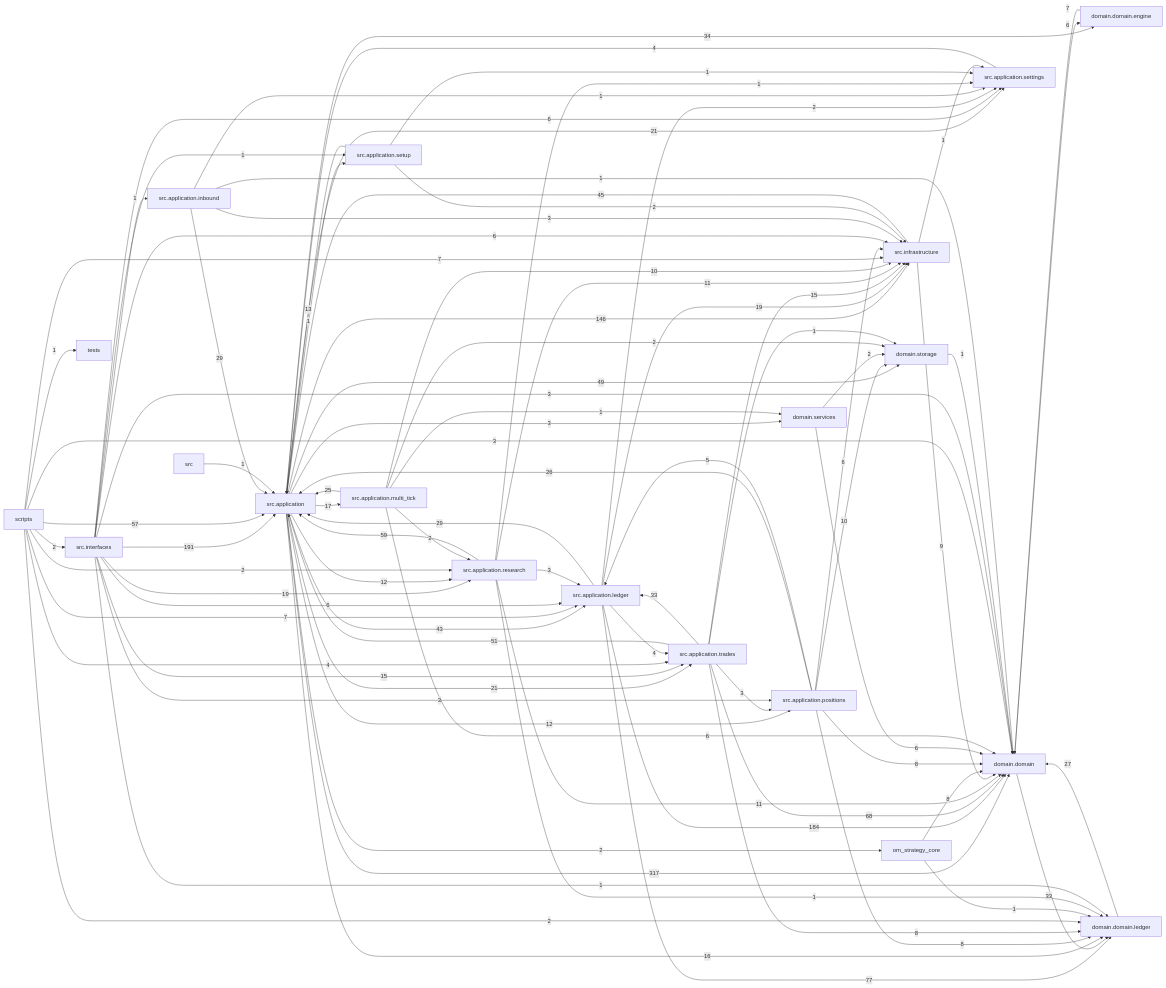
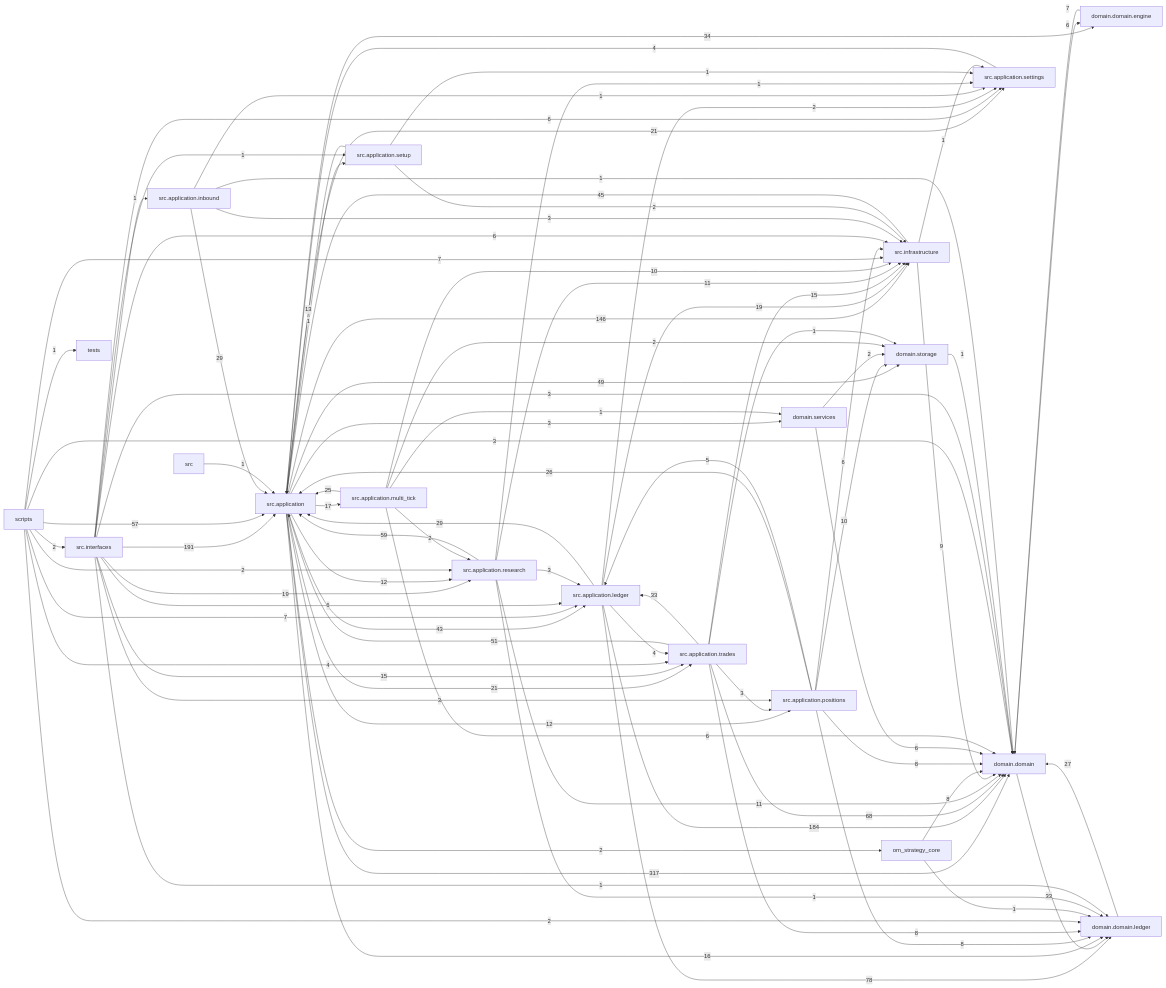
Before and after one commit to liuxie066/options-monitor: the diagram in docs/dependency_graph.mmd, drawn with Mermaid. The commit also changed 1 other file, not shown here.

Commit message:
chore(deps): regenerate dependency graph after the lifecycle overlay edge
lifecycle_overlay now imports TradeEvent from domain.domain.ledger, so the generated application->domain edge count moves from 739 to 740 (cycles stay 0).

```diff
--- a/docs/dependency_graph.mmd
+++ b/docs/dependency_graph.mmd
@@ -1,87 +1,87 @@
 flowchart LR
   src_application["src.application"] -->|317| domain_domain["domain.domain"]
   src_interfaces["src.interfaces"] -->|191| src_application["src.application"]
   src_application_ledger["src.application.ledger"] -->|184| domain_domain["domain.domain"]
   src_application["src.application"] -->|146| src_infrastructure["src.infrastructure"]
-  src_application_ledger["src.application.ledger"] -->|77| domain_domain_ledger["domain.domain.ledger"]
+  src_application_ledger["src.application.ledger"] -->|78| domain_domain_ledger["domain.domain.ledger"]
   src_application_trades["src.application.trades"] -->|68| domain_domain["domain.domain"]
   src_application_research["src.application.research"] -->|59| src_application["src.application"]
   scripts["scripts"] -->|57| src_application["src.application"]
   src_application_trades["src.application.trades"] -->|51| src_application["src.application"]
   src_application["src.application"] -->|49| domain_storage["domain.storage"]
   src_infrastructure["src.infrastructure"] -->|45| src_application["src.application"]
   src_application["src.application"] -->|43| src_application_ledger["src.application.ledger"]
   src_application["src.application"] -->|34| domain_domain_engine["domain.domain.engine"]
   domain_domain["domain.domain"] -->|33| domain_domain_ledger["domain.domain.ledger"]
   src_application_trades["src.application.trades"] -->|33| src_application_ledger["src.application.ledger"]
   src_application_inbound["src.application.inbound"] -->|29| src_application["src.application"]
   src_application_ledger["src.application.ledger"] -->|29| src_application["src.application"]
   domain_domain_ledger["domain.domain.ledger"] -->|27| domain_domain["domain.domain"]
   src_application_positions["src.application.positions"] -->|26| src_application["src.application"]
   src_application_multi_tick["src.application.multi_tick"] -->|25| src_application["src.application"]
   src_application["src.application"] -->|21| src_application_settings["src.application.settings"]
   src_application["src.application"] -->|21| src_application_trades["src.application.trades"]
   src_application_ledger["src.application.ledger"] -->|19| src_infrastructure["src.infrastructure"]
   src_interfaces["src.interfaces"] -->|19| src_application_research["src.application.research"]
   src_application["src.application"] -->|17| src_application_multi_tick["src.application.multi_tick"]
   src_application["src.application"] -->|16| domain_domain_ledger["domain.domain.ledger"]
   src_application_trades["src.application.trades"] -->|15| src_infrastructure["src.infrastructure"]
   src_interfaces["src.interfaces"] -->|15| src_application_trades["src.application.trades"]
   src_application_setup["src.application.setup"] -->|13| src_application["src.application"]
   src_application["src.application"] -->|12| src_application_positions["src.application.positions"]
   src_application["src.application"] -->|12| src_application_research["src.application.research"]
   src_application_research["src.application.research"] -->|11| domain_domain["domain.domain"]
   src_application_research["src.application.research"] -->|11| src_infrastructure["src.infrastructure"]
   src_application_multi_tick["src.application.multi_tick"] -->|10| src_infrastructure["src.infrastructure"]
   src_application_positions["src.application.positions"] -->|10| domain_storage["domain.storage"]
   src_infrastructure["src.infrastructure"] -->|9| domain_domain["domain.domain"]
   om_strategy_core["om_strategy_core"] -->|8| domain_domain["domain.domain"]
   src_application_positions["src.application.positions"] -->|8| domain_domain["domain.domain"]
   src_application_positions["src.application.positions"] -->|8| domain_domain_ledger["domain.domain.ledger"]
   src_application_trades["src.application.trades"] -->|8| domain_domain_ledger["domain.domain.ledger"]
   domain_domain_engine["domain.domain.engine"] -->|7| domain_domain["domain.domain"]
   scripts["scripts"] -->|7| src_application_ledger["src.application.ledger"]
   scripts["scripts"] -->|7| src_infrastructure["src.infrastructure"]
   domain_domain["domain.domain"] -->|6| domain_domain_engine["domain.domain.engine"]
   domain_services["domain.services"] -->|6| domain_domain["domain.domain"]
   src_application_multi_tick["src.application.multi_tick"] -->|6| domain_domain["domain.domain"]
   src_application_positions["src.application.positions"] -->|6| src_infrastructure["src.infrastructure"]
   src_interfaces["src.interfaces"] -->|6| src_application_ledger["src.application.ledger"]
   src_interfaces["src.interfaces"] -->|6| src_application_settings["src.application.settings"]
   src_interfaces["src.interfaces"] -->|6| src_infrastructure["src.infrastructure"]
   src_application_positions["src.application.positions"] -->|5| src_application_ledger["src.application.ledger"]
   scripts["scripts"] -->|4| src_application_trades["src.application.trades"]
   src_application_ledger["src.application.ledger"] -->|4| src_application_trades["src.application.trades"]
   src_application_settings["src.application.settings"] -->|4| src_application["src.application"]
   scripts["scripts"] -->|3| domain_domain["domain.domain"]
   src_application["src.application"] -->|3| domain_services["domain.services"]
   src_application_inbound["src.application.inbound"] -->|3| src_infrastructure["src.infrastructure"]
   src_application_research["src.application.research"] -->|3| src_application_ledger["src.application.ledger"]
   src_application_trades["src.application.trades"] -->|3| src_application_positions["src.application.positions"]
   src_interfaces["src.interfaces"] -->|3| domain_domain["domain.domain"]
   src_interfaces["src.interfaces"] -->|3| src_application_positions["src.application.positions"]
   domain_services["domain.services"] -->|2| domain_storage["domain.storage"]
   scripts["scripts"] -->|2| domain_domain_ledger["domain.domain.ledger"]
   scripts["scripts"] -->|2| src_application_research["src.application.research"]
   scripts["scripts"] -->|2| src_interfaces["src.interfaces"]
   src_application["src.application"] -->|2| om_strategy_core["om_strategy_core"]
   src_application_ledger["src.application.ledger"] -->|2| src_application_settings["src.application.settings"]
   src_application_multi_tick["src.application.multi_tick"] -->|2| domain_storage["domain.storage"]
   src_application_multi_tick["src.application.multi_tick"] -->|2| src_application_research["src.application.research"]
   src_application_setup["src.application.setup"] -->|2| src_infrastructure["src.infrastructure"]
   domain_storage["domain.storage"] -->|1| domain_domain["domain.domain"]
   om_strategy_core["om_strategy_core"] -->|1| domain_domain_ledger["domain.domain.ledger"]
   scripts["scripts"] -->|1| tests["tests"]
   src["src"] -->|1| src_application["src.application"]
   src_application["src.application"] -->|1| src_application_setup["src.application.setup"]
   src_application_inbound["src.application.inbound"] -->|1| domain_domain["domain.domain"]
   src_application_inbound["src.application.inbound"] -->|1| src_application_settings["src.application.settings"]
   src_application_multi_tick["src.application.multi_tick"] -->|1| domain_services["domain.services"]
   src_application_research["src.application.research"] -->|1| domain_domain_ledger["domain.domain.ledger"]
   src_application_research["src.application.research"] -->|1| src_application_settings["src.application.settings"]
   src_application_setup["src.application.setup"] -->|1| src_application_settings["src.application.settings"]
   src_application_trades["src.application.trades"] -->|1| domain_storage["domain.storage"]
   src_infrastructure["src.infrastructure"] -->|1| src_application_settings["src.application.settings"]
   src_interfaces["src.interfaces"] -->|1| domain_domain_ledger["domain.domain.ledger"]
   src_interfaces["src.interfaces"] -->|1| src_application_inbound["src.application.inbound"]
   src_interfaces["src.interfaces"] -->|1| src_application_setup["src.application.setup"]
```
